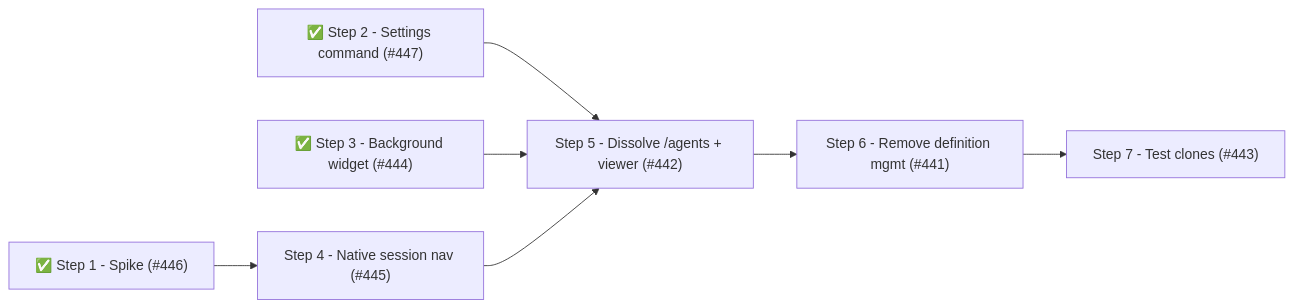
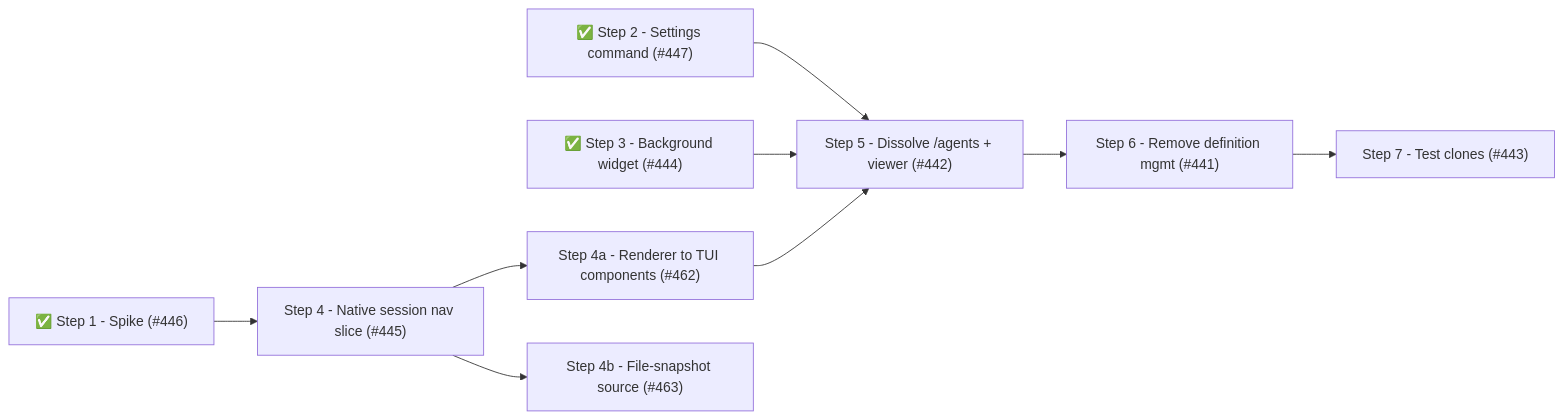
One commit to komarspn/pi-packages changed the sixth of 6 diagrams in packages/pi-subagents/docs/architecture/architecture.md. Above: the diagram before and after it, drawn with Mermaid. The commit also changed other lines of this file, not shown here.

Commit message:
docs(pi-subagents): register Phase 19 Steps 4a/4b and re-sequence the terminal cut (#462, #463)

````diff
--- a/packages/pi-subagents/docs/architecture/architecture.md
+++ b/packages/pi-subagents/docs/architecture/architecture.md
@@ -1077,17 +1101,21 @@
 ```mermaid
 flowchart LR
     S1["✅ Step 1 - Spike (#446)"]
     S2["✅ Step 2 - Settings command (#447)"]
     S3["✅ Step 3 - Background widget (#444)"]
-    S4["Step 4 - Native session nav (#445)"]
+    S4["Step 4 - Native session nav slice (#445)"]
+    S4a["Step 4a - Renderer to TUI components (#462)"]
+    S4b["Step 4b - File-snapshot source (#463)"]
     S5["Step 5 - Dissolve /agents + viewer (#442)"]
     S6["Step 6 - Remove definition mgmt (#441)"]
     S7["Step 7 - Test clones (#443)"]
 
     S1 --> S4
+    S4 --> S4a
+    S4 --> S4b
     S2 --> S5
     S3 --> S5
-    S4 --> S5
+    S4a --> S5
     S5 --> S6
     S6 --> S7
 ```
````
